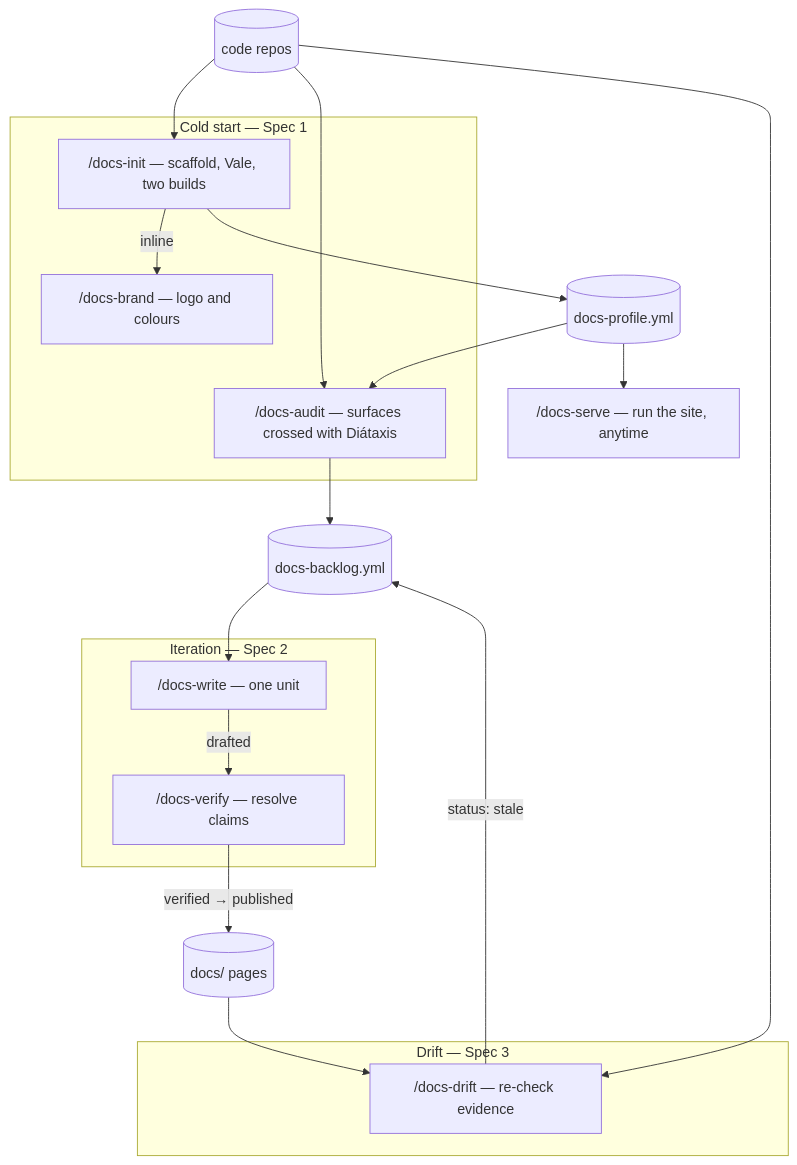
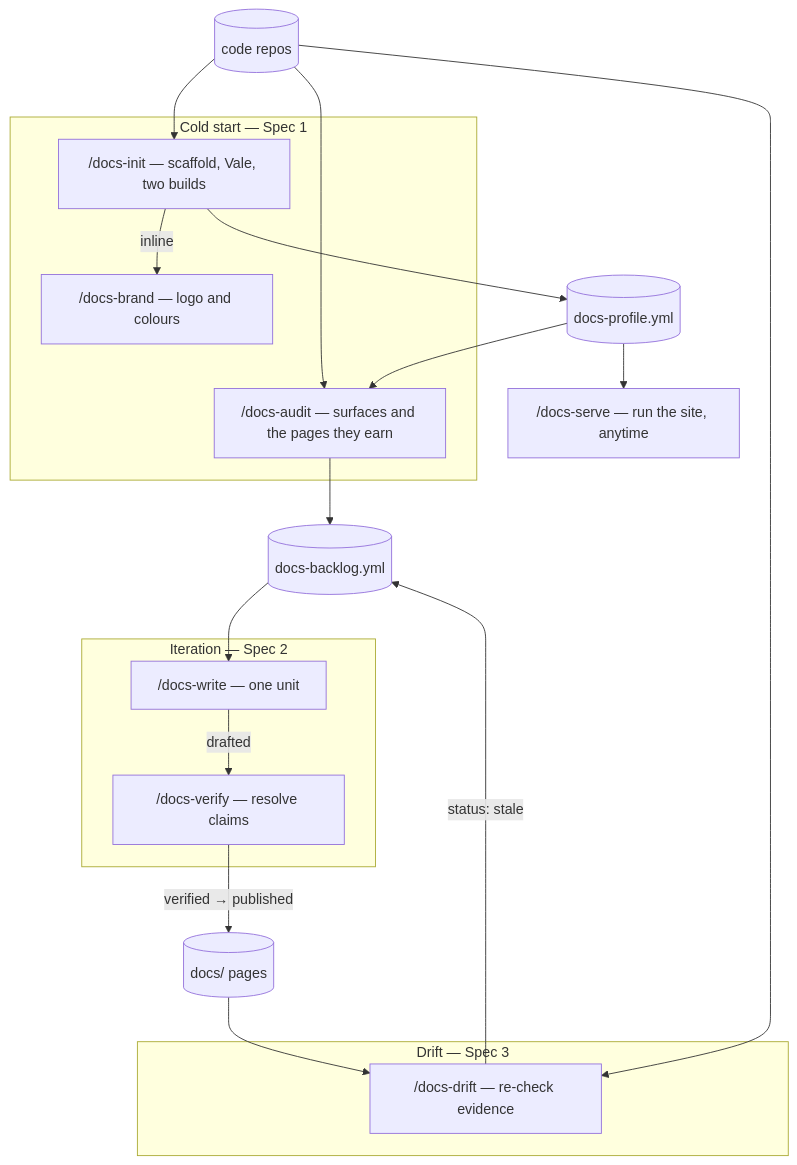
One commit to ihudak/ihudak-claude-plugins changed the first of 3 diagrams in docs/superpowers/specs/2026-08-29-docs-workflow-family-design.md. Above: the diagram before and after it, drawn with Mermaid. The commit also changed other lines of this file, not shown here.

````diff
--- a/docs/superpowers/specs/2026-08-29-docs-workflow-family-design.md
+++ b/docs/superpowers/specs/2026-08-29-docs-workflow-family-design.md
@@ -112,39 +112,39 @@
 ```mermaid
 flowchart TD
     repos[("code repos")]
 
     subgraph COLD["Cold start — Spec 1"]
         init["/docs-init — scaffold, Vale, two builds"]
         brand["/docs-brand — logo and colours"]
-        audit["/docs-audit — surfaces crossed with Diátaxis"]
+        audit["/docs-audit — surfaces and the pages they earn"]
     end
 
     profile[("docs-profile.yml")]
     serve["/docs-serve — run the site, anytime"]
     backlog[("docs-backlog.yml")]
 
     subgraph ITER["Iteration — Spec 2"]
         write["/docs-write — one unit"]
         verify["/docs-verify — resolve claims"]
     end
 
     pages[("docs/ pages")]
 
     subgraph KEEP["Drift — Spec 3"]
         drift["/docs-drift — re-check evidence"]
     end
 
     repos --> init
     init -->|inline| brand
     init --> profile
     profile --> serve
     repos --> audit
     profile --> audit
     audit --> backlog
     backlog --> write
     write -->|drafted| verify
     verify -->|"verified → published"| pages
     pages --> drift
     repos --> drift
     drift -->|"status: stale"| backlog
 ```
````
